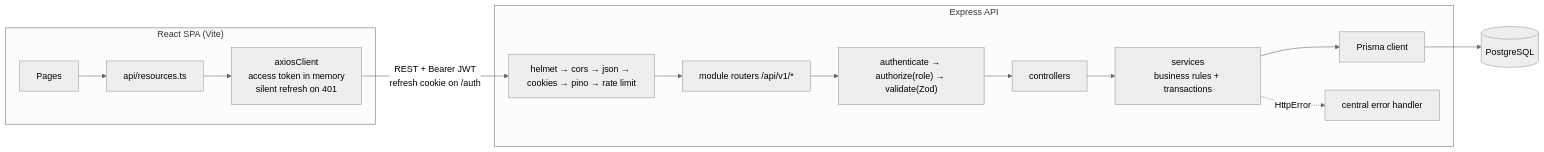
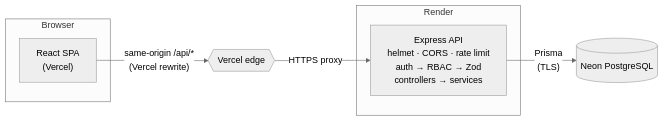
The first of 4 diagrams in README.md (tamannnaa/Stockflow), drawn with Mermaid (neutral theme) before and after one commit. The commit also changed other lines of this file and 35 other files, not shown here.

````diff
--- a/README.md
+++ b/README.md
@@ -107,16 +123,12 @@
 ```mermaid
 flowchart LR
-  subgraph Client["React SPA (Vite)"]
-    Pages --> API["api/resources.ts"]
-    API --> AX["axiosClient<br/>access token in memory<br/>silent refresh on 401"]
+  subgraph Browser
+    SPA["React SPA<br/>(Vercel)"]
   end
-  AX -- "REST + Bearer JWT<br/>refresh cookie on /auth" --> MW
-  subgraph Server["Express API"]
-    MW["helmet → cors → json → cookies → pino → rate limit"] --> R["module routers /api/v1/*"]
-    R --> G["authenticate → authorize(role) → validate(Zod)"]
-    G --> C[controllers] --> S["services<br/>business rules + transactions"]
-    S --> P[Prisma client]
-    S -. "HttpError" .-> E[central error handler]
+  SPA -- "same-origin /api/*<br/>(Vercel rewrite)" --> V{{Vercel edge}}
+  V -- "HTTPS proxy" --> API
+  subgraph Render
+    API["Express API<br/>helmet · CORS · rate limit<br/>auth → RBAC → Zod<br/>controllers → services"]
   end
-  P --> DB[(PostgreSQL)]
+  API -- "Prisma<br/>(TLS)" --> DB[("Neon PostgreSQL")]
 ```
````
